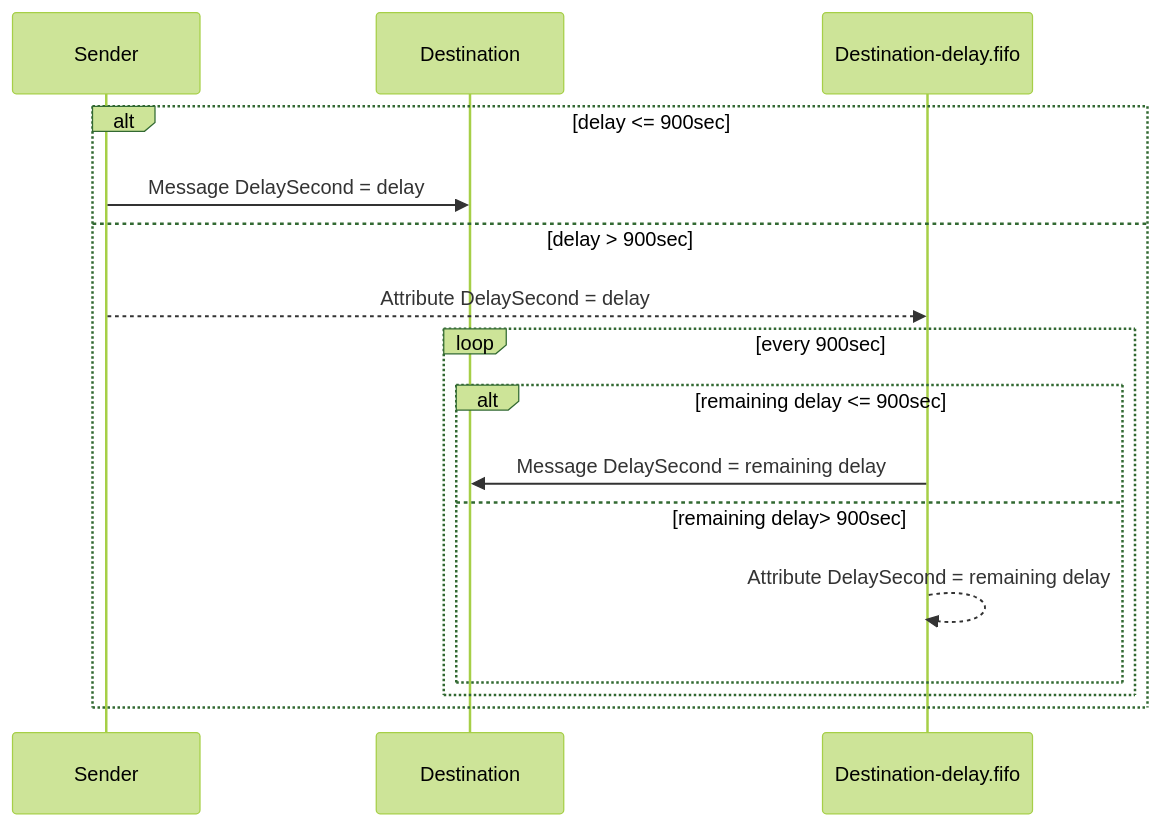
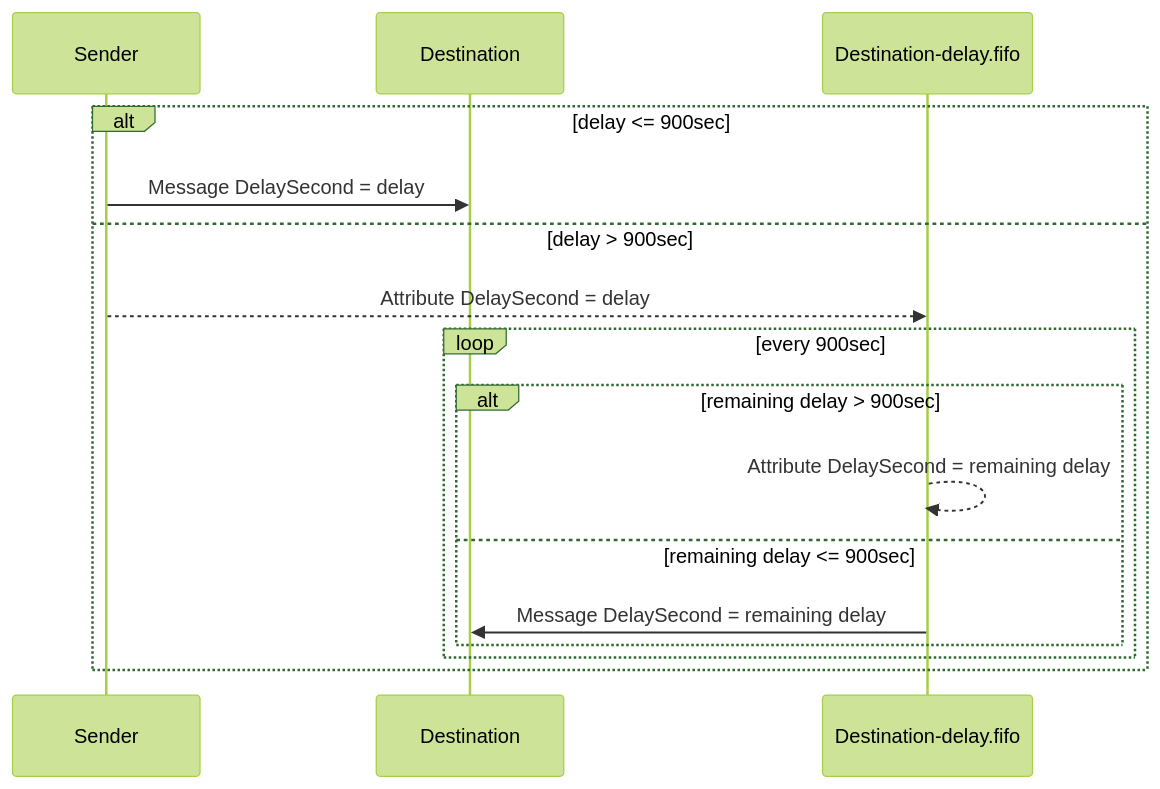
One commit to Particular/docs.particular.net changed the first of 4 diagrams in transports/sqs/delayed-delivery.md. Above: the diagram before and after it, drawn with Mermaid (forest theme).

Commit message:
Invert logic in how-it-works diagram

````diff
--- a/transports/sqs/delayed-delivery.md
+++ b/transports/sqs/delayed-delivery.md
@@ -40,18 +40,18 @@
 ```mermaid
 sequenceDiagram
     participant S as Sender
     participant D as Destination
     participant F as Destination-delay.fifo
     alt delay <= 900sec
         S ->> D: Message DelaySecond = delay
     else delay > 900sec
         S -->> F:  Attribute DelaySecond = delay
         loop every 900sec
-           alt remaining delay <= 900sec
+           alt remaining delay > 900sec
+               F -->> F:  Attribute DelaySecond = remaining delay
+           else remaining delay <= 900sec
               F ->> D: Message DelaySecond = remaining delay
-           else remaining delay> 900sec
-              F -->> F:  Attribute DelaySecond = remaining delay
            end
         end
 end
 ```
````
